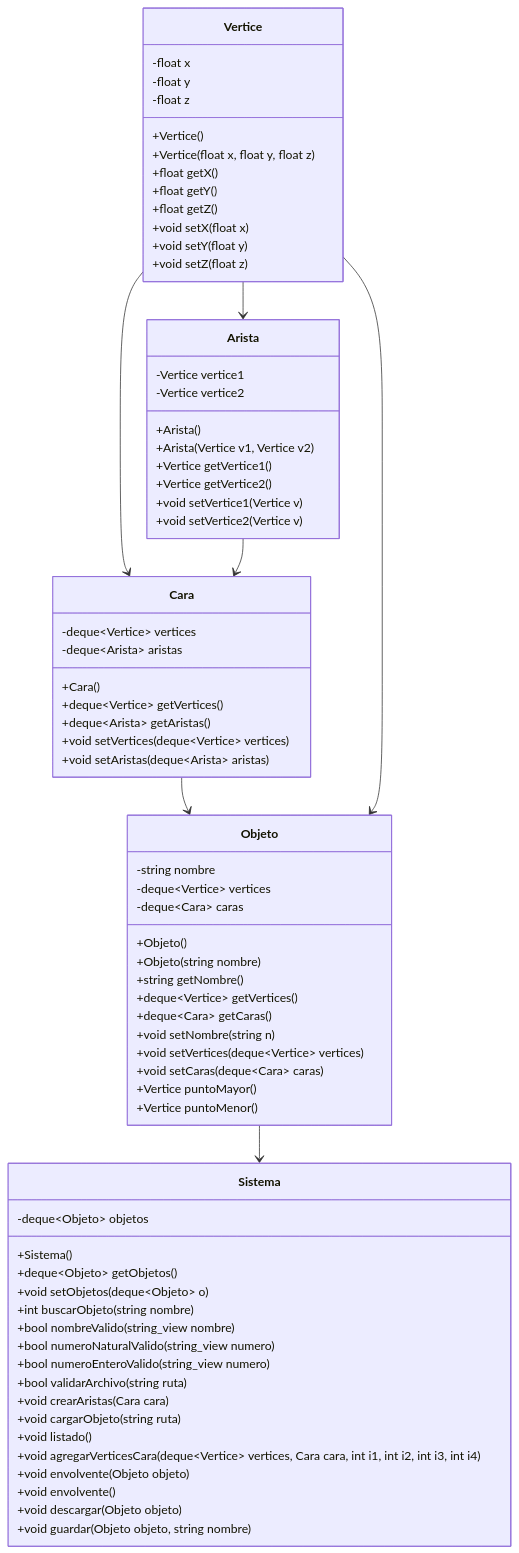
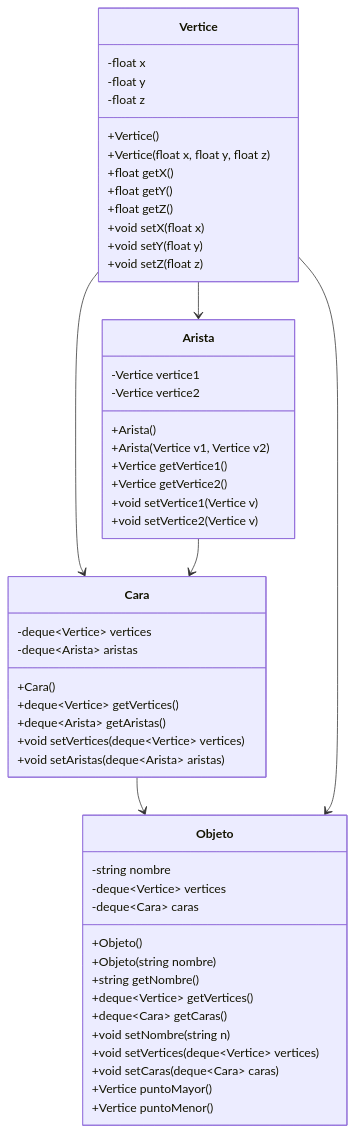
Before and after one commit to janmunoz21/Estructuras-de-datos: the diagram in README.md, drawn with Mermaid.

````diff
--- a/README.md
+++ b/README.md
@@ -3,80 +3,59 @@
 ```mermaid
 classDiagram
     class Arista {
         -Vertice vertice1
         -Vertice vertice2
         +Arista()
         +Arista(Vertice v1, Vertice v2)
         +Vertice getVertice1()
         +Vertice getVertice2()
         +void setVertice1(Vertice v)
         +void setVertice2(Vertice v)
     }
     
     class Cara {
         -deque~Vertice~ vertices
         -deque~Arista~ aristas
         +Cara()
         +deque~Vertice~ getVertices()
         +deque~Arista~ getAristas()
         +void setVertices(deque~Vertice~ vertices)
         +void setAristas(deque~Arista~ aristas)
     }
     
     class Objeto {
         -string nombre
         -deque~Vertice~ vertices
         -deque~Cara~ caras
         +Objeto()
         +Objeto(string nombre)
         +string getNombre()
         +deque~Vertice~ getVertices()
         +deque~Cara~ getCaras()
         +void setNombre(string n)
         +void setVertices(deque~Vertice~ vertices)
         +void setCaras(deque~Cara~ caras)
         +Vertice puntoMayor()
         +Vertice puntoMenor()
     }
     
     class Vertice {
         -float x
         -float y
         -float z
         +Vertice()
         +Vertice(float x, float y, float z)
         +float getX()
         +float getY()
         +float getZ()
         +void setX(float x)
         +void setY(float y)
         +void setZ(float z)
     }
-
-    class Sistema {
-        -deque~Objeto~ objetos
-        +Sistema()
-        +deque~Objeto~ getObjetos()
-        +void setObjetos(deque~Objeto~ o)
-        +int buscarObjeto(string nombre)
-        +bool nombreValido(string_view nombre)
-        +bool numeroNaturalValido(string_view numero)
-        +bool numeroEnteroValido(string_view numero)
-        +bool validarArchivo(string ruta)
-        +void crearAristas(Cara cara)
-        +void cargarObjeto(string ruta)
-        +void listado()
-        +void agregarVerticesCara(deque~Vertice~ vertices, Cara cara, int i1, int i2, int i3, int i4)
-        +void envolvente(Objeto objeto)
-        +void envolvente()
-        +void descargar(Objeto objeto)
-        +void guardar(Objeto objeto, string nombre)
-    }
     
     Vertice --> Arista
     Vertice --> Cara
     Arista --> Cara
     Cara --> Objeto
     Vertice --> Objeto
-    Objeto --> Sistema
 ```
````
